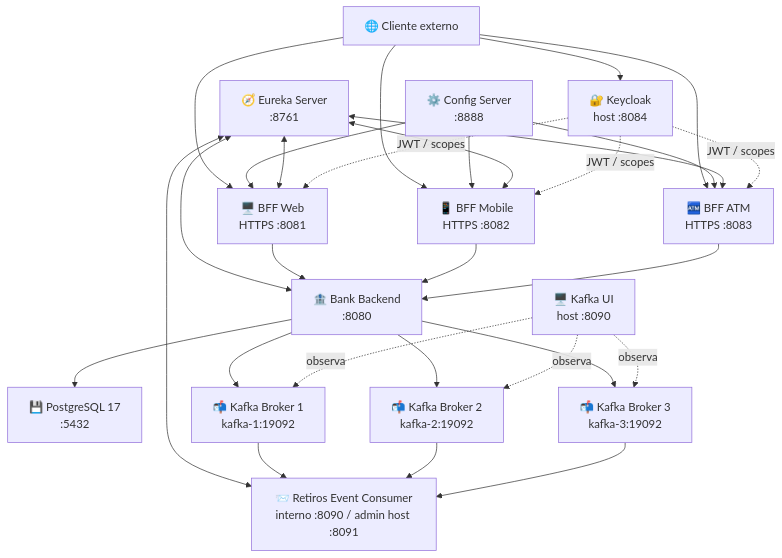
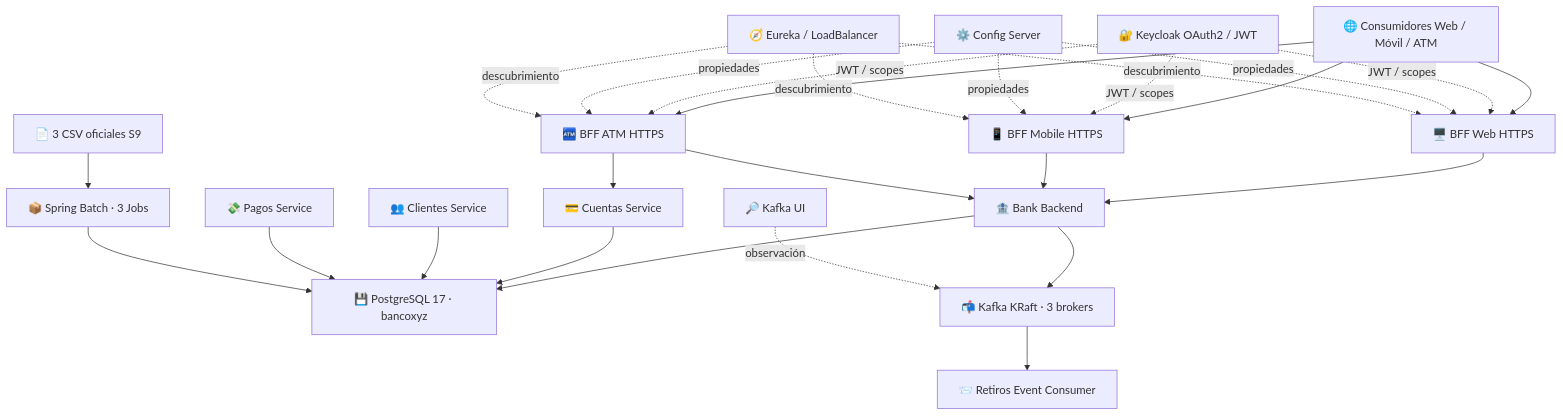
Before and after one commit to LadyRed145/bancoxyzbatch: the first of 3 diagrams in README.md, drawn with Mermaid. The commit also changed other lines of this file and 9 other files, not shown here.

````diff
--- a/README.md
+++ b/README.md
@@ -45,36 +38,44 @@
 ```mermaid
 flowchart TB
-    EXT["🌐 Cliente externo"] --> KC["🔐 Keycloak<br/>host :8084"]
-    EXT --> WEB["🖥️ BFF Web<br/>HTTPS :8081"]
-    EXT --> MOB["📱 BFF Mobile<br/>HTTPS :8082"]
-    EXT --> ATM["🏧 BFF ATM<br/>HTTPS :8083"]
+    EXT["🌐 Consumidores Web / Móvil / ATM"]
+    KC["🔐 Keycloak OAuth2 / JWT"]
+    WEB["🖥️ BFF Web HTTPS"]
+    MOB["📱 BFF Mobile HTTPS"]
+    ATM["🏧 BFF ATM HTTPS"]
+    CFG["⚙️ Config Server"]
+    EUREKA["🧭 Eureka / LoadBalancer"]
+    BACK["🏦 Bank Backend"]
+    CU["💳 Cuentas Service"]
+    CL["👥 Clientes Service"]
+    PA["💸 Pagos Service"]
+    DB["💾 PostgreSQL 17 · bancoxyz"]
+    BATCH["📦 Spring Batch · 3 Jobs"]
+    CSV["📄 3 CSV oficiales S9"]
+    K["📬 Kafka KRaft · 3 brokers"]
+    C["📨 Retiros Event Consumer"]
+    UI["🔎 Kafka UI"]
 
-    CFG["⚙️ Config Server<br/>:8888"] --> WEB
-    CFG --> MOB
-    CFG --> ATM
-
-    EUREKA["🧭 Eureka Server<br/>:8761"] <--> WEB
-    EUREKA <--> MOB
-    EUREKA <--> ATM
-    EUREKA <--> BACK["🏦 Bank Backend<br/>:8080"]
-    EUREKA <--> CONSUMER["📨 Retiros Event Consumer<br/>interno :8090 / admin host :8091"]
-
+    EXT --> WEB
+    EXT --> MOB
+    EXT --> ATM
+    KC -. JWT / scopes .-> WEB
+    KC -. JWT / scopes .-> MOB
+    KC -. JWT / scopes .-> ATM
+    CFG -. propiedades .-> WEB
+    CFG -. propiedades .-> MOB
+    CFG -. propiedades .-> ATM
+    EUREKA -. descubrimiento .-> WEB
+    EUREKA -. descubrimiento .-> MOB
+    EUREKA -. descubrimiento .-> ATM
     WEB --> BACK
     MOB --> BACK
     ATM --> BACK
-
-    BACK --> DB["💾 PostgreSQL 17<br/>:5432"]
-    BACK --> K1["📬 Kafka Broker 1<br/>kafka-1:19092"]
-    BACK --> K2["📬 Kafka Broker 2<br/>kafka-2:19092"]
-    BACK --> K3["📬 Kafka Broker 3<br/>kafka-3:19092"]
-    K1 --> CONSUMER
-    K2 --> CONSUMER
-    K3 --> CONSUMER
-    KUI["🖥️ Kafka UI<br/>host :8090"] -. observa .-> K1
-    KUI -. observa .-> K2
-    KUI -. observa .-> K3
-
-    KC -. JWT / scopes .-> WEB
-    KC -. JWT / scopes .-> MOB
-    KC -. JWT / scopes .-> ATM
+    ATM --> CU
+    BACK --> DB
+    CU --> DB
+    CL --> DB
+    PA --> DB
+    CSV --> BATCH --> DB
+    BACK --> K --> C
+    UI -. observación .-> K
 ```
````
